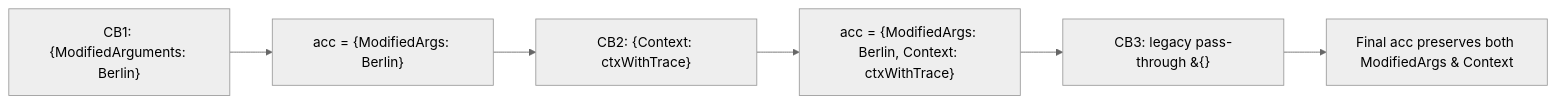
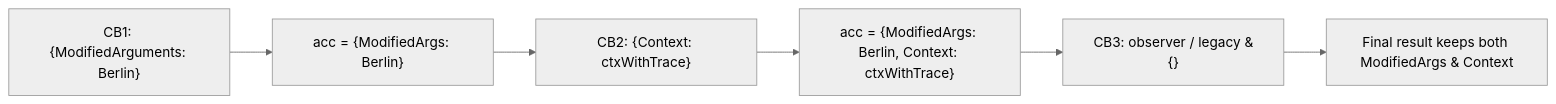
One commit to trpc-group/trpc-agent-go changed the second of 2 diagrams in docs/mkdocs/en/callbacks.md. Above: the diagram before and after it, drawn with Mermaid (neutral theme). The commit also changed other lines of this file and 1 other file, not shown here.

````diff
--- a/docs/mkdocs/en/callbacks.md
+++ b/docs/mkdocs/en/callbacks.md
@@ -109,8 +113,8 @@
 ```mermaid
 flowchart LR
     CB1["CB1: {ModifiedArguments: Berlin}"] --> A1["acc = {ModifiedArgs: Berlin}"]
     A1 --> CB2["CB2: {Context: ctxWithTrace}"]
     CB2 --> A2["acc = {ModifiedArgs: Berlin, Context: ctxWithTrace}"]
-    A2 --> CB3["CB3: legacy pass-through &{}"]
-    CB3 --> A3["Final acc preserves both ModifiedArgs & Context"]
+    A2 --> CB3["CB3: observer / legacy &{}"]
+    CB3 --> A3["Final result keeps both ModifiedArgs & Context"]
 ```
````
